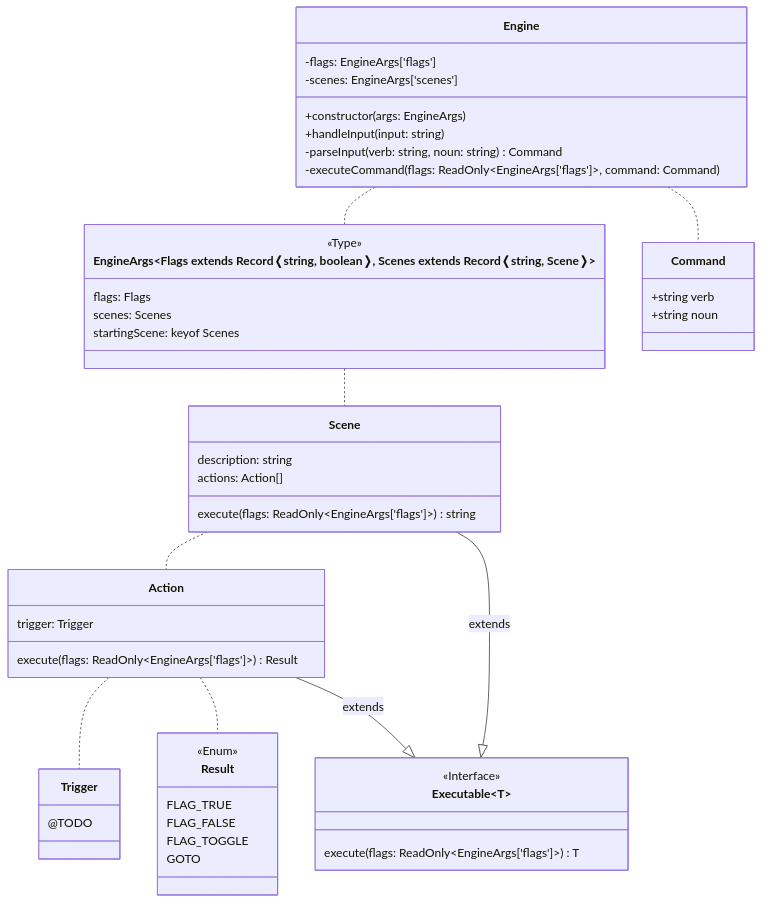
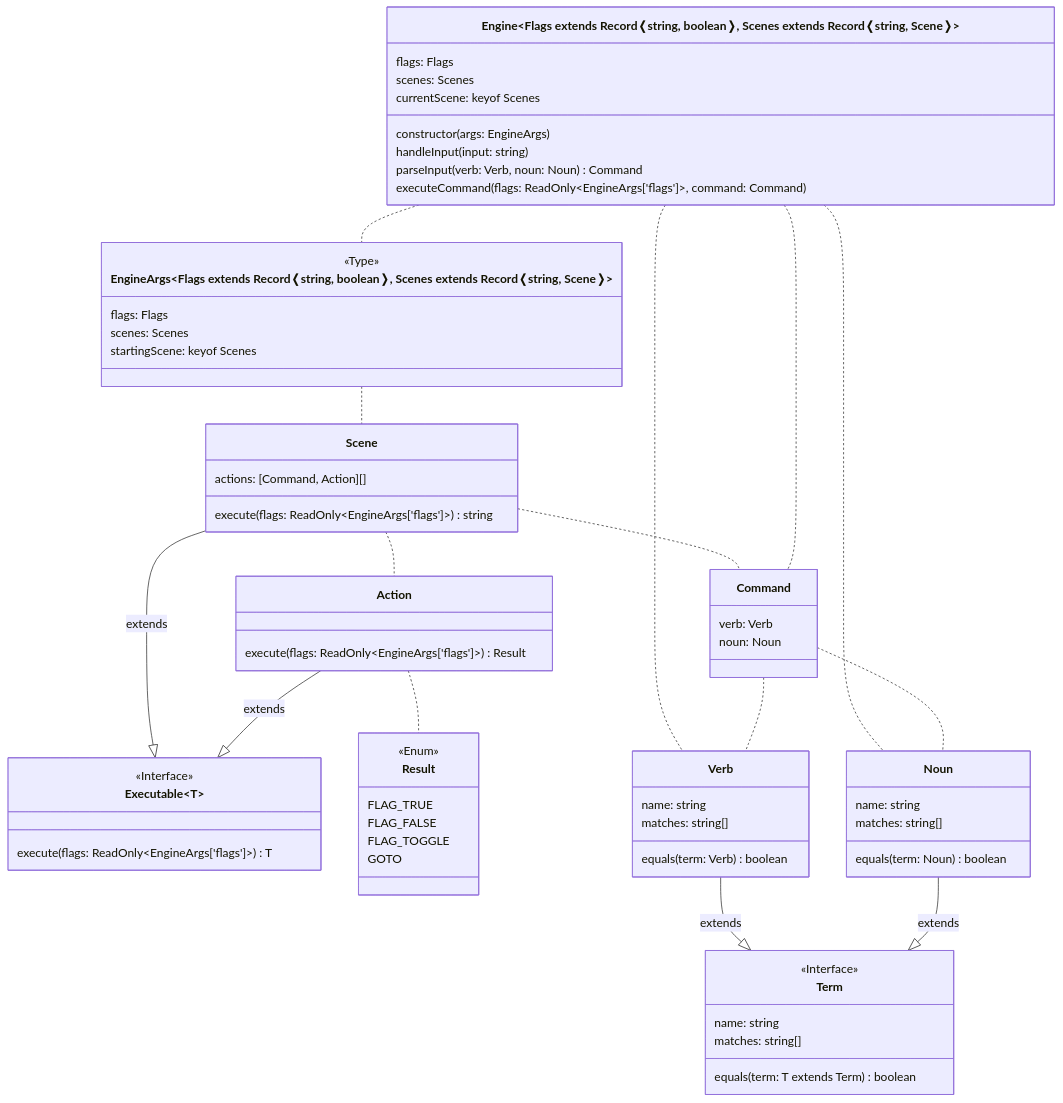
Before and after one commit to flipactual/text-adventure-experiment: the diagram in README.md, drawn with Mermaid.

````diff
--- a/README.md
+++ b/README.md
@@ -3,52 +3,70 @@
 ```mermaid
 classDiagram
 class EngineArgs~Flags extends Record❬string, boolean❭, Scenes extends Record❬string, Scene❭~ {
   <<Type>>
   flags: Flags
   scenes: Scenes
   startingScene: keyof Scenes
 }
 EngineArgs .. Scene
 class Executable~T~ {
   <<Interface>>
   execute(flags: ReadOnly~EngineArgs['flags']~) T
 }
 class Scene {
-  description: string
-  actions: Action[]
+  actions: [Command, Action][]
   execute(flags: ReadOnly~EngineArgs['flags']~) string
 }
+Scene .. Command
 Scene .. Action
 Scene --|> Executable : extends
 class Action {
-  trigger: Trigger
   execute(flags: ReadOnly~EngineArgs['flags']~) Result
 }
-Action .. Trigger
 Action .. Result
 Action --|> Executable : extends
-class Trigger {
-  @TODO
-}
 class Result {
   <<Enum>>
   FLAG_TRUE
   FLAG_FALSE
   FLAG_TOGGLE
   GOTO
 }
-class Engine {
-  -flags: EngineArgs['flags']
-  -scenes: EngineArgs['scenes']
-  +constructor(args: EngineArgs)
-  +handleInput(input: string)
-  -parseInput(verb: string, noun: string) Command
-  -executeCommand(flags: ReadOnly~EngineArgs['flags']~, command: Command)
+class Engine~Flags extends Record❬string, boolean❭, Scenes extends Record❬string, Scene❭~ {
+  flags: Flags
+  scenes: Scenes
+  currentScene: keyof Scenes
+  constructor(args: EngineArgs)
+  handleInput(input: string)
+  parseInput(verb: Verb, noun: Noun) Command
+  executeCommand(flags: ReadOnly~EngineArgs['flags']~, command: Command)
 }
 Engine .. EngineArgs
+Engine .. Verb
+Engine .. Noun
 Engine .. Command
 class Command {
-  +string verb
-  +string noun
+  verb: Verb
+  noun: Noun
 }
+Command .. Verb
+Command .. Noun
+class Term {
+  <<Interface>>
+  name: string
+  matches: string[]
+  equals(term: T extends Term) boolean
+}
+class Verb {
+  name: string
+  matches: string[]
+  equals(term: Verb) boolean
+}
+Verb --|> Term : extends
+class Noun {
+  name: string
+  matches: string[]
+  equals(term: Noun) boolean
+}
+Noun --|> Term : extends
 ```
````
